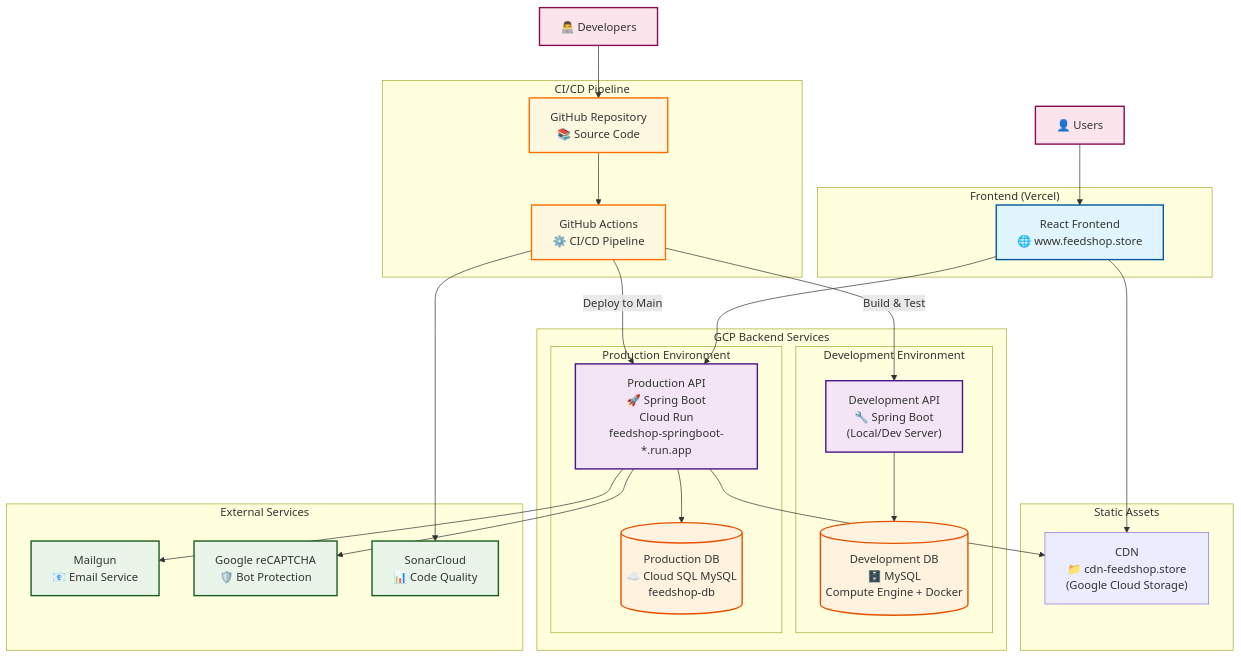
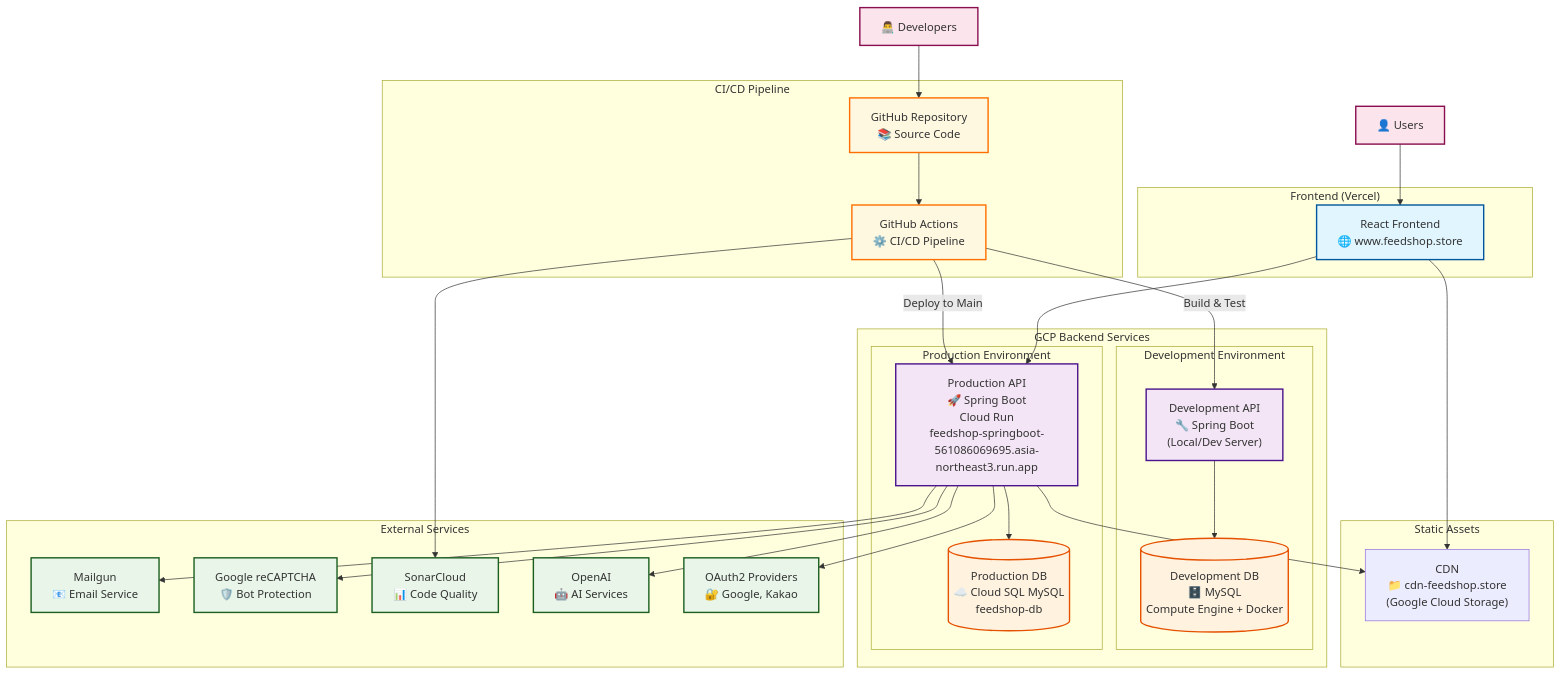
One commit to udune/ShopChat_Backend changed the diagram in README.md. Above: the diagram before and after it, drawn with Mermaid. The commit also changed other lines of this file and 12 other files, not shown here.

````diff
--- a/README.md
+++ b/README.md
@@ -70,78 +79,82 @@
 ```mermaid
 graph TB
     %% Frontend Layer
     subgraph "Frontend (Vercel)"
         FE["React Frontend<br/>🌐 www.feedshop.store"]
     end
 
     %% CDN & Storage
     subgraph "Static Assets"
         CDN["CDN<br/>📁 cdn-feedshop.store<br/>(Google Cloud Storage)"]
     end
 
     %% Backend Services
     subgraph "GCP Backend Services"
         subgraph "Development Environment"
             DEV_APP["Development API<br/>🔧 Spring Boot<br/>(Local/Dev Server)"]
             DEV_DB[(Development DB<br/>🗄️ MySQL<br/>Compute Engine + Docker)]
         end
 
         subgraph "Production Environment"
-            PROD_APP["Production API<br/>🚀 Spring Boot<br/>Cloud Run<br/>feedshop-springboot-*.run.app"]
+            PROD_APP["Production API<br/>🚀 Spring Boot<br/>Cloud Run<br/>feedshop-springboot-561086069695.asia-northeast3.run.app"]
             PROD_DB[(Production DB<br/>☁️ Cloud SQL MySQL<br/>feedshop-db)]
         end
     end
 
     %% External Services
     subgraph "External Services"
         MAILGUN["Mailgun<br/>📧 Email Service"]
         RECAPTCHA["Google reCAPTCHA<br/>🛡️ Bot Protection"]
         SONAR["SonarCloud<br/>📊 Code Quality"]
+        OPENAI["OpenAI<br/>🤖 AI Services"]
+        OAUTH["OAuth2 Providers<br/>🔐 Google, Kakao"]
     end
 
     %% CI/CD Pipeline
     subgraph "CI/CD Pipeline"
         GITHUB["GitHub Repository<br/>📚 Source Code"]
         GH_ACTIONS["GitHub Actions<br/>⚙️ CI/CD Pipeline"]
     end
 
     %% User Interactions
     USER["👤 Users"]
     DEV["👨‍💻 Developers"]
 
     %% Frontend Connections
     USER --> FE
     FE --> PROD_APP
     FE --> CDN
 
     %% Development Flow
     DEV --> GITHUB
     DEV_APP --> DEV_DB
 
     %% Production Flow
     PROD_APP --> PROD_DB
     PROD_APP --> CDN
     PROD_APP --> MAILGUN
     PROD_APP --> RECAPTCHA
+    PROD_APP --> OPENAI
+    PROD_APP --> OAUTH
 
     %% CI/CD Flow
     GITHUB --> GH_ACTIONS
     GH_ACTIONS --> SONAR
     GH_ACTIONS -->|Deploy to Main| PROD_APP
     GH_ACTIONS -->|Build & Test| DEV_APP
 
     %% Styling
     classDef frontend fill:#e1f5fe,stroke:#01579b,stroke-width:2px
     classDef backend fill:#f3e5f5,stroke:#4a148c,stroke-width:2px
     classDef database fill:#fff3e0,stroke:#e65100,stroke-width:2px
     classDef external fill:#e8f5e8,stroke:#1b5e20,stroke-width:2px
     classDef cicd fill:#fff8e1,stroke:#ff6f00,stroke-width:2px
     classDef user fill:#fce4ec,stroke:#880e4f,stroke-width:2px
 
     class FE frontend
     class DEV_APP,PROD_APP backend
     class DEV_DB,PROD_DB database
-    class MAILGUN,RECAPTCHA,SONAR external
+    class MAILGUN,RECAPTCHA,SONAR,OPENAI,OAUTH external
     class GITHUB,GH_ACTIONS cicd
     class USER,DEV user
 ```
````
